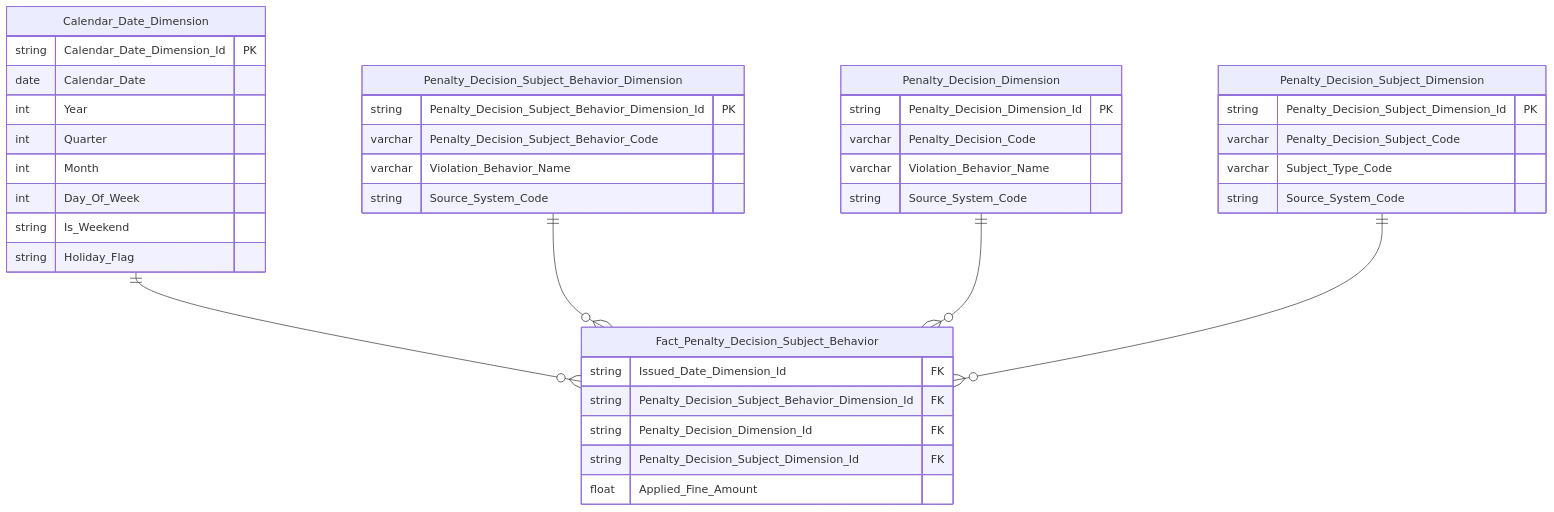
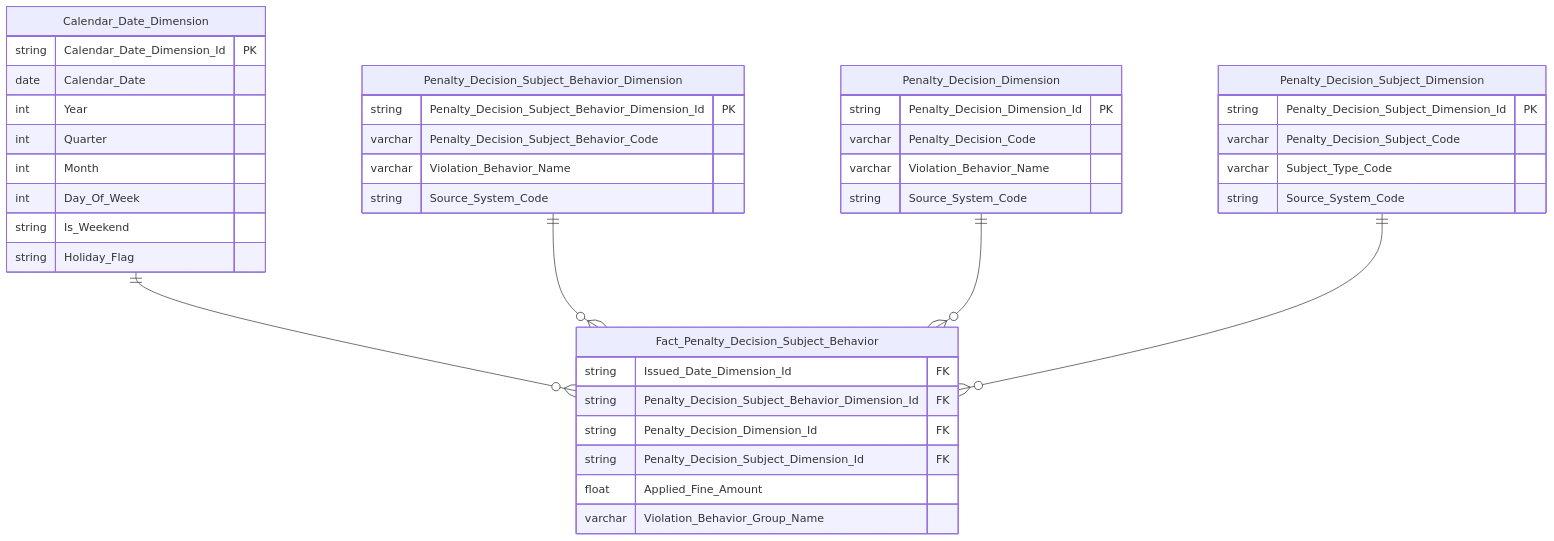
One commit to linhlvit/ubck_atomic_design changed diagram 41 of 54 in Datamart/hld/DTM_TT_HLD.md. Above: the diagram before and after it, drawn with Mermaid. The commit also changed other lines of this file and 16 other files, not shown here.

Commit message:
feat(TT): dong bo mapping BA Nhom 1-19, chuan hoa COUNT DISTINCT, doi PK opr_petition_list sang petition_id, them cot violation_behavior_group_nm va cap nhat flat tables

````diff
--- a/Datamart/hld/DTM_TT_HLD.md
+++ b/Datamart/hld/DTM_TT_HLD.md
@@ -1584,42 +1592,43 @@
 ```mermaid
 erDiagram
     Calendar_Date_Dimension ||--o{ Fact_Penalty_Decision_Subject_Behavior : " "
     Penalty_Decision_Subject_Behavior_Dimension ||--o{ Fact_Penalty_Decision_Subject_Behavior : " "
     Penalty_Decision_Dimension ||--o{ Fact_Penalty_Decision_Subject_Behavior : " "
     Penalty_Decision_Subject_Dimension ||--o{ Fact_Penalty_Decision_Subject_Behavior : " "
     Fact_Penalty_Decision_Subject_Behavior {
         string Issued_Date_Dimension_Id FK
         string Penalty_Decision_Subject_Behavior_Dimension_Id FK
         string Penalty_Decision_Dimension_Id FK
         string Penalty_Decision_Subject_Dimension_Id FK
         float Applied_Fine_Amount
+        varchar Violation_Behavior_Group_Name
     }
     Calendar_Date_Dimension {
         string Calendar_Date_Dimension_Id PK
         date Calendar_Date
         int Year
         int Quarter
         int Month
         int Day_Of_Week
         string Is_Weekend
         string Holiday_Flag
     }
     Penalty_Decision_Subject_Behavior_Dimension {
         string Penalty_Decision_Subject_Behavior_Dimension_Id PK
         varchar Penalty_Decision_Subject_Behavior_Code
         varchar Violation_Behavior_Name
         string Source_System_Code
     }
     Penalty_Decision_Dimension {
         string Penalty_Decision_Dimension_Id PK
         varchar Penalty_Decision_Code
         varchar Violation_Behavior_Name
         string Source_System_Code
     }
     Penalty_Decision_Subject_Dimension {
         string Penalty_Decision_Subject_Dimension_Id PK
         varchar Penalty_Decision_Subject_Code
         varchar Subject_Type_Code
         string Source_System_Code
     }
 ```
````
